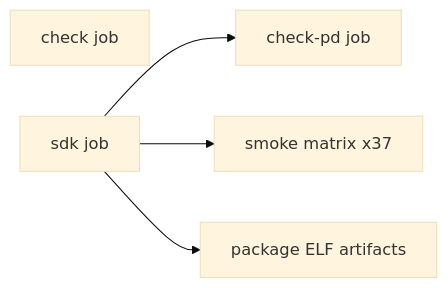
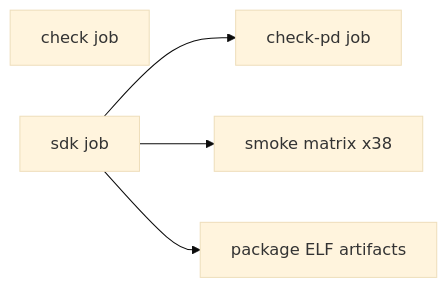
Before and after one commit to julerex/lerux: the diagram in docs/ci.md, drawn with Mermaid (base theme). The commit also changed other lines of this file and 35 other files, not shown here.

````diff
--- a/docs/ci.md
+++ b/docs/ci.md
@@ -13,11 +13,11 @@
 ```mermaid
 flowchart LR
   check[check job]
   sdk[sdk job]
   checkPd[check-pd job]
-  smoke[smoke matrix x37]
+  smoke[smoke matrix x38]
   package[package ELF artifacts]
   sdk --> checkPd
   sdk --> smoke
   sdk --> package
 ```
````
